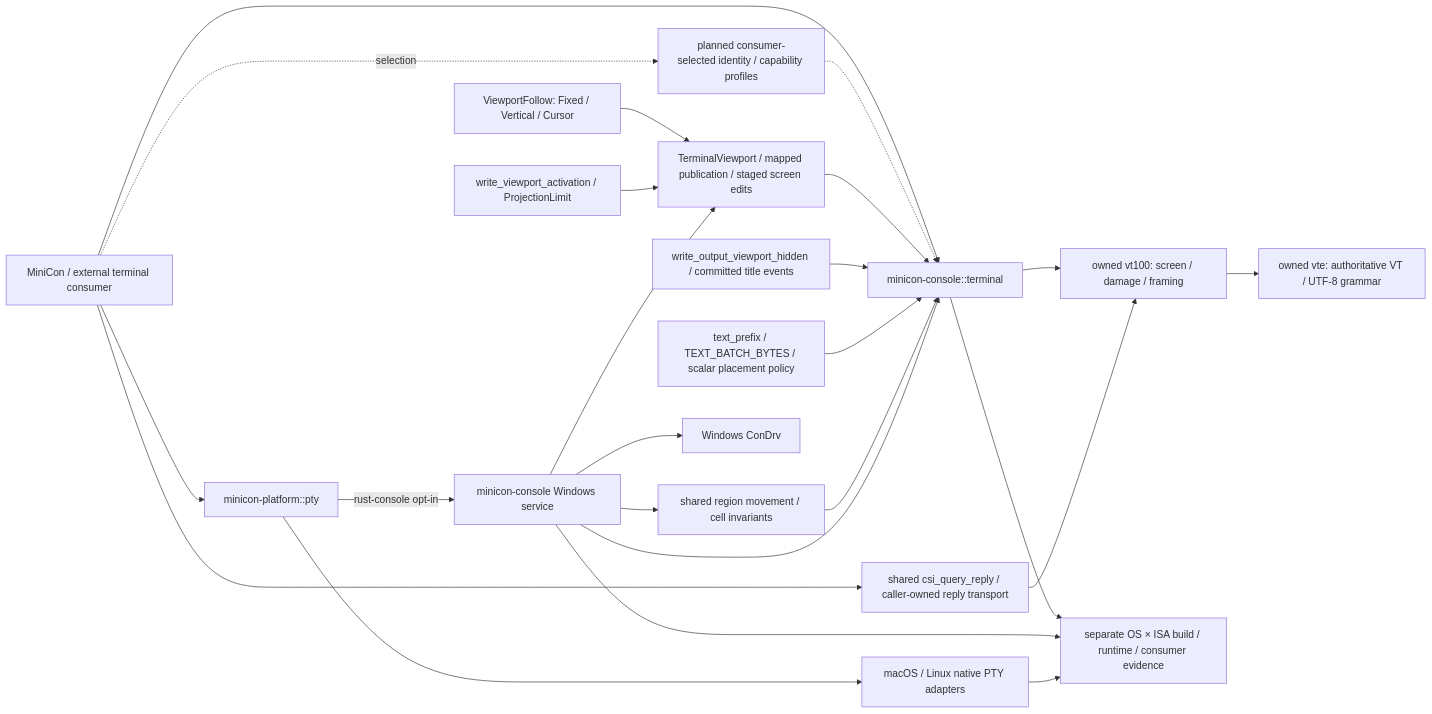
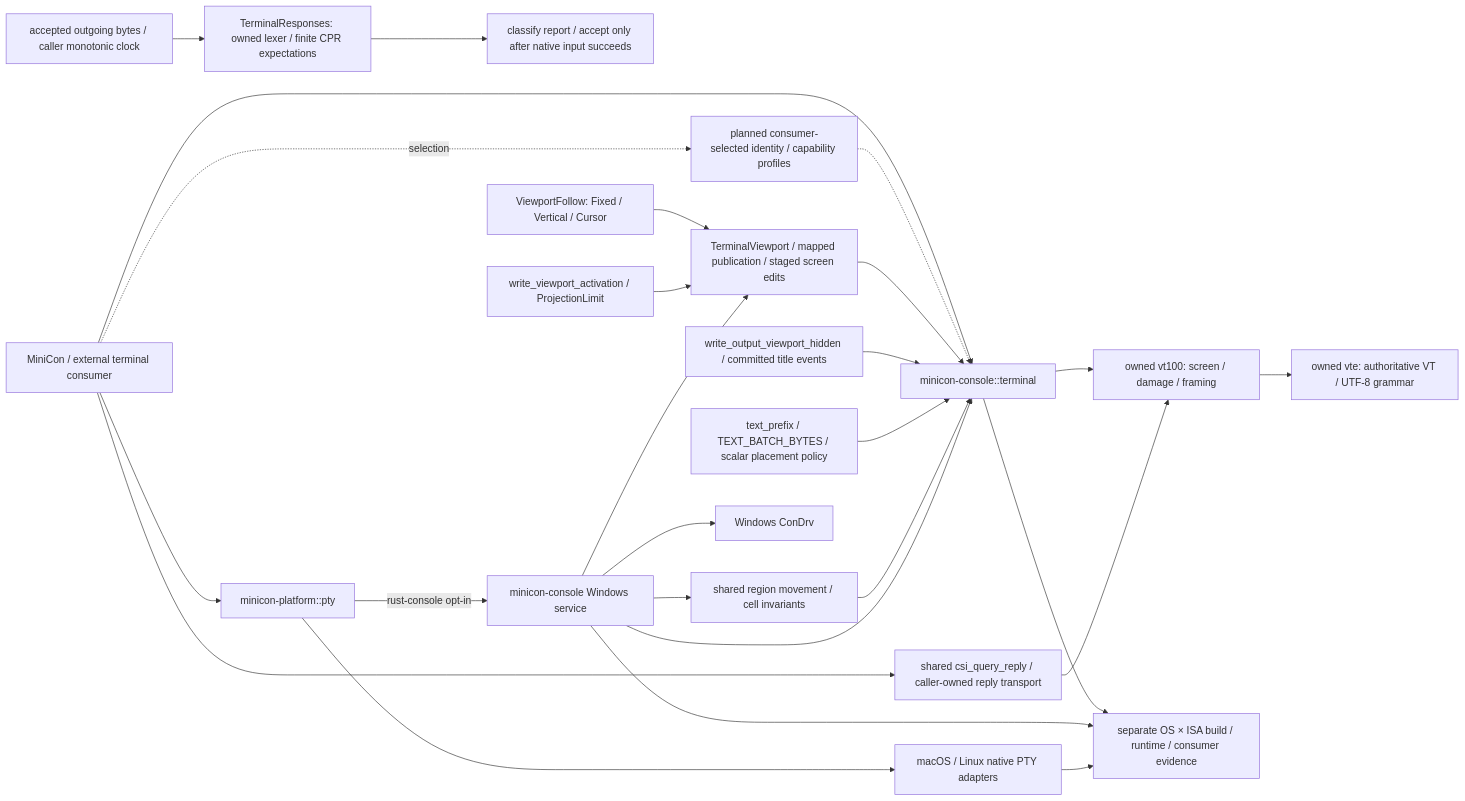
The diagram in prd/PRD_02_35_terminal_library.md (partnernetsoftware/minicon), drawn with Mermaid before and after one commit. The commit also changed other lines of this file and 16 other files, not shown here.

````diff
--- a/prd/PRD_02_35_terminal_library.md
+++ b/prd/PRD_02_35_terminal_library.md
@@ -68,24 +73,26 @@
 ```mermaid
 flowchart LR
     APP["MiniCon / external terminal consumer"] --> COMMON["minicon-console::terminal"]
     COMMON --> VT["owned vt100: screen / damage / framing"]
     APP --> QUERY["shared csi_query_reply / caller-owned reply transport"]
     QUERY --> VT
+    ACCEPT["accepted outgoing bytes / caller monotonic clock"] --> RESP["TerminalResponses: owned lexer / finite CPR expectations"]
+    RESP --> INPUT["classify report / accept only after native input succeeds"]
     VT --> VTE["owned vte: authoritative VT / UTF-8 grammar"]
     APP --> PLATFORM["minicon-platform::pty"]
     PROFILE["planned consumer-selected identity / capability profiles"] -.-> COMMON
     APP -. selection .-> PROFILE
     PLATFORM -->|"rust-console opt-in"| WIN["minicon-console Windows service"]
     VP["TerminalViewport / mapped publication / staged screen edits"] --> COMMON
     FOLLOW["ViewportFollow: Fixed / Vertical / Cursor"] --> VP
     ACT["write_viewport_activation / ProjectionLimit"] --> VP
     HIDDEN["write_output_viewport_hidden / committed title events"] --> COMMON
     TEXT["text_prefix / TEXT_BATCH_BYTES / scalar placement policy"] --> COMMON
     WIN --> VP
     MOVE["shared region movement / cell invariants"] --> COMMON
     WIN --> MOVE
     WIN --> COMMON
     WIN --> KERNEL["Windows ConDrv"]
     PLATFORM --> POSIX["macOS / Linux native PTY adapters"]
     COMMON & WIN & POSIX --> E["separate OS × ISA build / runtime / consumer evidence"]
 ```
````
